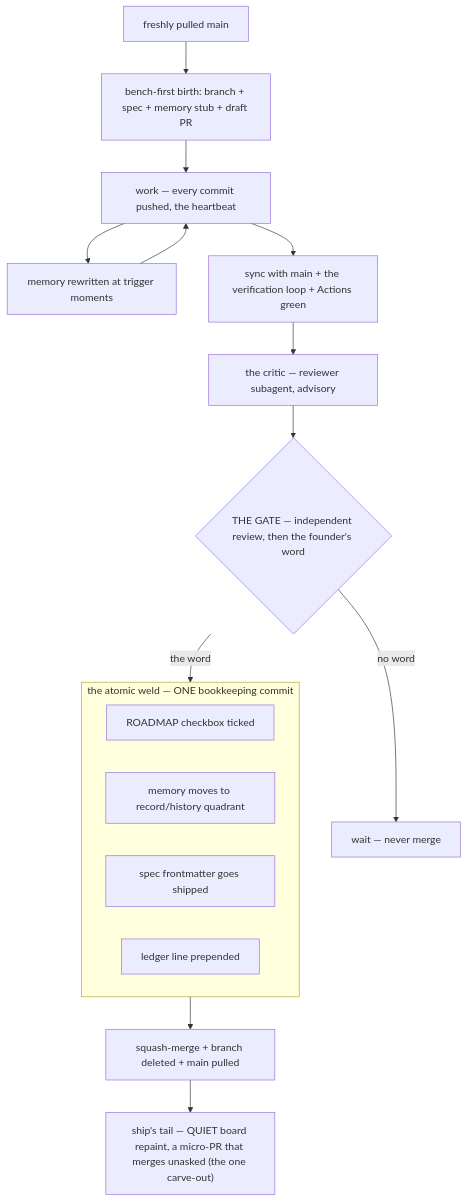
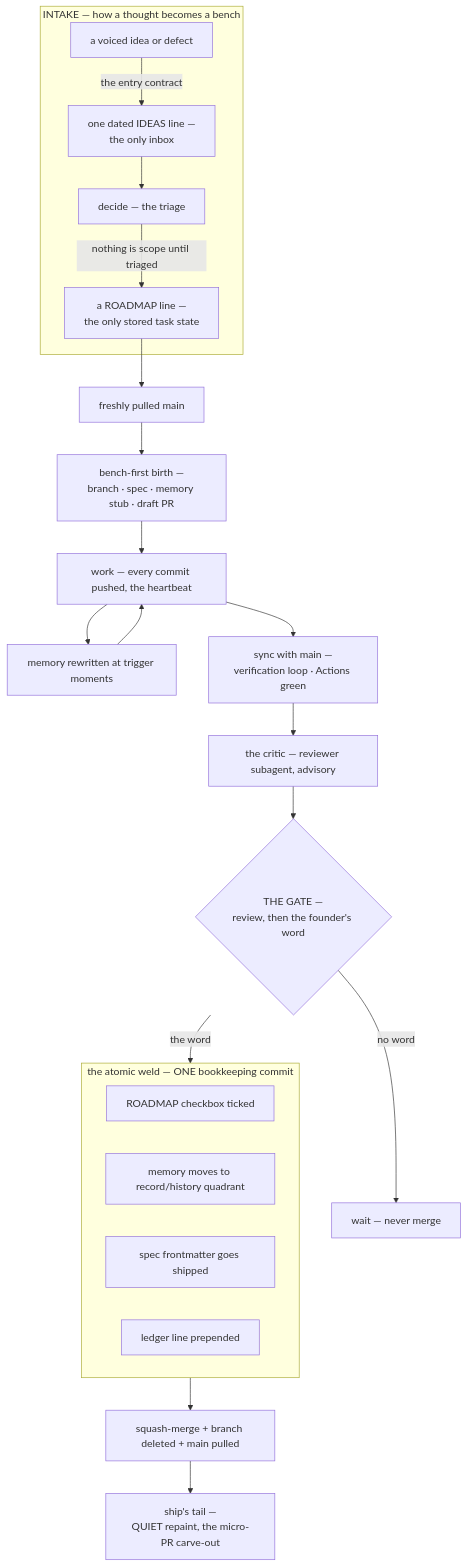
One commit to wsher0901/roam changed the first of 8 diagrams in docs/ATLAS.md. Above: the diagram before and after it, drawn with Mermaid. The commit also changed other lines of this file and 6 other files, not shown here.

````diff
--- a/docs/ATLAS.md
+++ b/docs/ATLAS.md
@@ -24,20 +36,26 @@
 ```mermaid
 flowchart TD
-  P["freshly pulled main"] --> B["bench-first birth: branch + spec + memory stub + draft PR"]
+  subgraph INTAKE["INTAKE — how a thought becomes a bench"]
+    IN["a voiced idea or defect"] -->|"the entry contract"| IDL["one dated IDEAS line —<br/>the only inbox"]
+    IDL --> DCD["decide — the triage"]
+    DCD -->|"nothing is scope until triaged"| RML["a ROADMAP line —<br/>the only stored task state"]
+  end
+  RML --> P["freshly pulled main"]
+  P --> B["bench-first birth —<br/>branch · spec · memory stub · draft PR"]
   B --> W["work — every commit pushed, the heartbeat"]
   W --> M["memory rewritten at trigger moments"]
   M --> W
-  W --> V["sync with main + the verification loop + Actions green"]
+  W --> V["sync with main —<br/>verification loop · Actions green"]
   V --> C["the critic — reviewer subagent, advisory"]
-  C --> G{"THE GATE — independent review, then the founder's word"}
+  C --> G{"THE GATE —<br/>review, then the founder's word"}
   subgraph WELD["the atomic weld — ONE bookkeeping commit"]
     T1["ROADMAP checkbox ticked"]
     T2["memory moves to record/history quadrant"]
     T3["spec frontmatter goes shipped"]
     T4["ledger line prepended"]
   end
   G -->|"the word"| WELD
   G -->|"no word"| WAIT["wait — never merge"]
   WELD --> SQ["squash-merge + branch deleted + main pulled"]
-  SQ --> TAIL["ship's tail — QUIET board repaint, a micro-PR that merges unasked (the one carve-out)"]
+  SQ --> TAIL["ship's tail —<br/>QUIET repaint, the micro-PR carve-out"]
 ```
````
